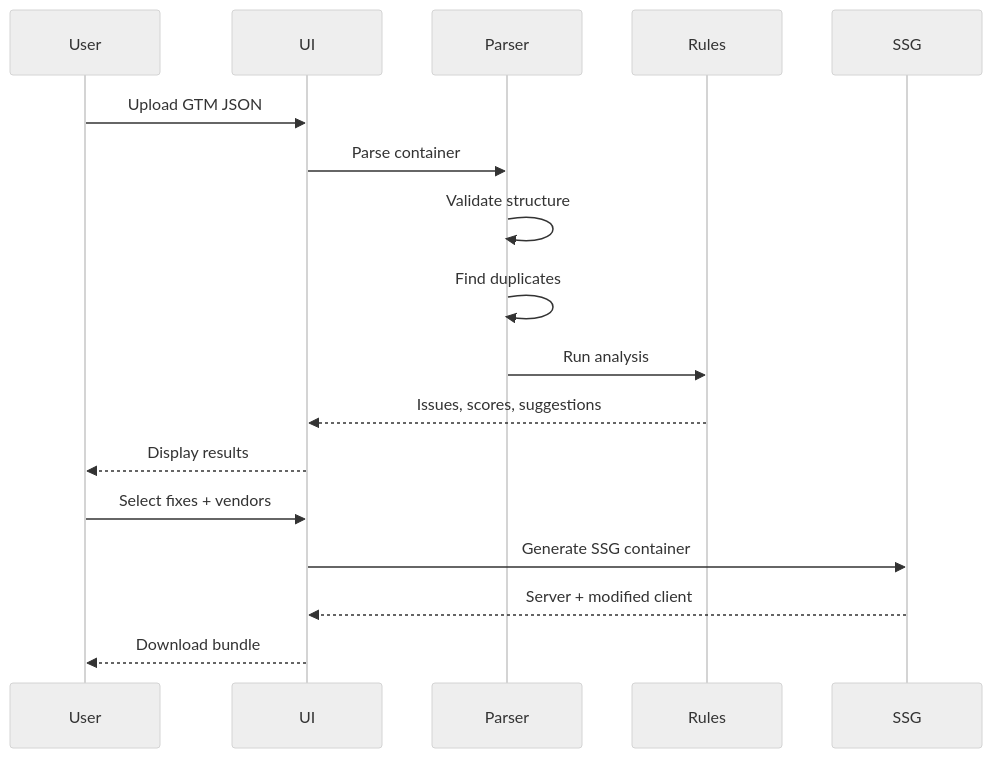
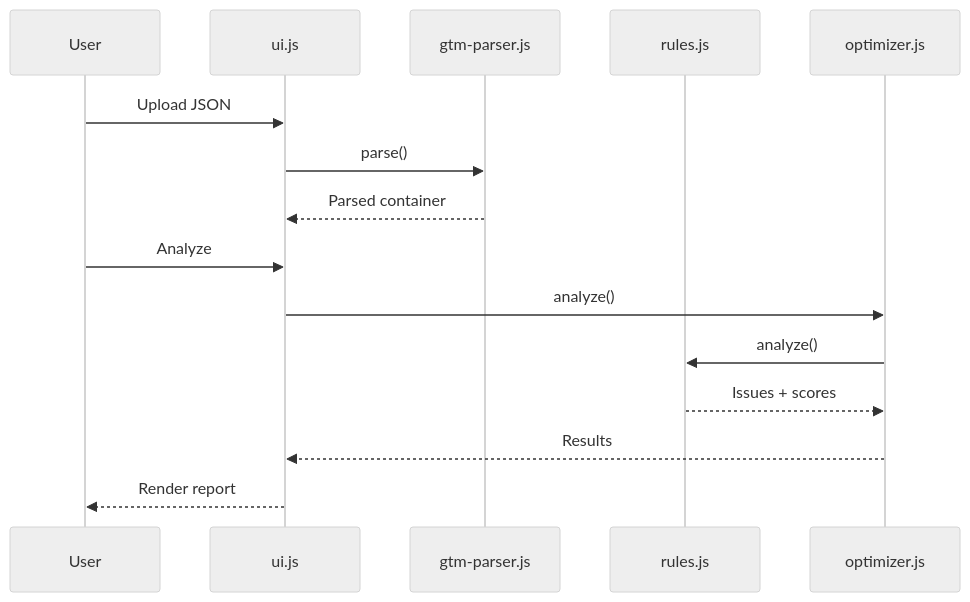
Before and after one commit to banana-orama/Google-Tag-Manager-Hilfe: the third of 3 diagrams in docs/CODEBASE_MAP.md, drawn with Mermaid (neutral theme). The commit also changed other lines of this file and 1 other file, not shown here.

First line of the commit message:
Update codebase map with cartographer analysis

````diff
--- a/docs/CODEBASE_MAP.md
+++ b/docs/CODEBASE_MAP.md
@@ -279,20 +223,18 @@
 ```mermaid
 sequenceDiagram
     participant User
-    participant UI
-    participant Parser
-    participant Rules
-    participant SSG
+    participant UI as ui.js
+    participant Parser as gtm-parser.js
+    participant Rules as rules.js
+    participant Optimizer as optimizer.js
 
-    User->>UI: Upload GTM JSON
-    UI->>Parser: Parse container
-    Parser->>Parser: Validate structure
-    Parser->>Parser: Find duplicates
-    Parser->>Rules: Run analysis
-    Rules-->>UI: Issues, scores, suggestions
-    UI-->>User: Display results
-    User->>UI: Select fixes + vendors
-    UI->>SSG: Generate SSG container
-    SSG-->>UI: Server + modified client
-    UI-->>User: Download bundle
+    User->>UI: Upload JSON
+    UI->>Parser: parse()
+    Parser-->>UI: Parsed container
+    User->>UI: Analyze
+    UI->>Optimizer: analyze()
+    Optimizer->>Rules: analyze()
+    Rules-->>Optimizer: Issues + scores
+    Optimizer-->>UI: Results
+    UI-->>User: Render report
 ```
````
